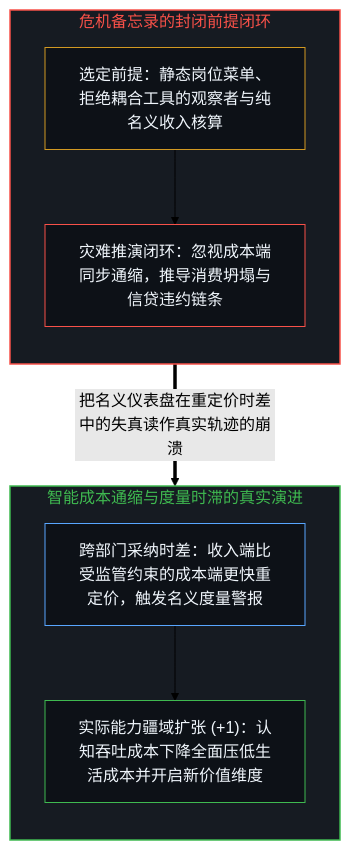
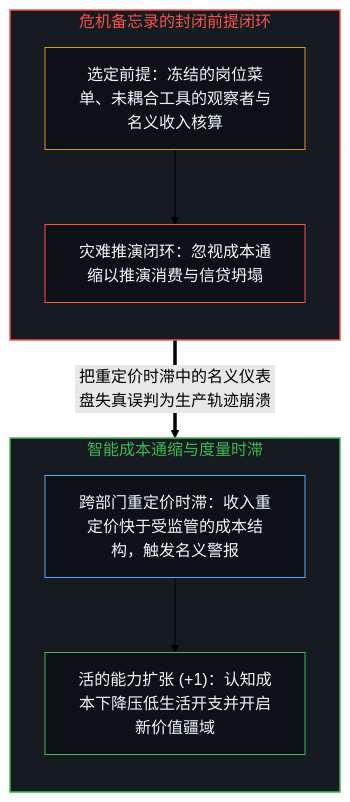
The first of 2 diagrams in content/posts/intelligence-crisis-response.md (powerpig99/not-a-toe), drawn with Mermaid (forest theme) before and after one commit. The commit also changed other lines of this file and 3 other files, not shown here.

````diff
--- a/content/posts/intelligence-crisis-response.md
+++ b/content/posts/intelligence-crisis-response.md
@@ -17,22 +17,22 @@
 ```mermaid
 flowchart TD
     subgraph S_Memo["危机备忘录的封闭前提闭环"]
         direction TB
-        Premise["选定前提：静态岗位菜单、拒绝耦合工具的观察者与纯名义收入核算"]
-        Loop["灾难推演闭环：忽视成本端同步通缩，推导消费坍塌与信贷违约链条"]
+        Premise["选定前提：冻结的岗位菜单、未耦合工具的观察者与名义收入核算"]
+        Loop["灾难推演闭环：忽视成本通缩以推演消费与信贷坍塌"]
         Premise --> Loop
     end
-    subgraph S_Real["智能成本通缩与度量时滞的真实演进"]
+    subgraph S_Real["智能成本通缩与度量时滞"]
         direction TB
-        Lag["跨部门采纳时差：收入端比受监管约束的成本端更快重定价，触发名义度量警报"]
-        Expand["实际能力疆域扩张 (+1)：认知吞吐成本下降全面压低生活成本并开启新价值维度"]
+        Lag["跨部门重定价时滞：收入重定价快于受监管的成本结构，触发名义警报"]
+        Expand["活的能力扩张 (+1)：认知成本下降压低生活开支并开启新价值疆域"]
         Lag --> Expand
     end
-    Loop ==>|"把名义仪表盘在重定价时差中的失真读作真实轨迹的崩溃"| Lag
+    Loop ==>|"把重定价时滞中的名义仪表盘失真误判为生产轨迹崩溃"| Lag
     style S_Memo fill:#161b22,stroke:#f85149,stroke-width:1.5px,color:#f85149
     style S_Real fill:#161b22,stroke:#3fb950,stroke-width:1.5px,color:#3fb950
     style Premise fill:#0d1117,stroke:#d29922,stroke-width:1px,color:#f0f6fc
     style Loop fill:#0d1117,stroke:#f85149,stroke-width:1px,color:#f0f6fc
     style Lag fill:#0d1117,stroke:#58a6ff,stroke-width:1px,color:#f0f6fc
     style Expand fill:#0d1117,stroke:#3fb950,stroke-width:1px,color:#f0f6fc
 ```
````
